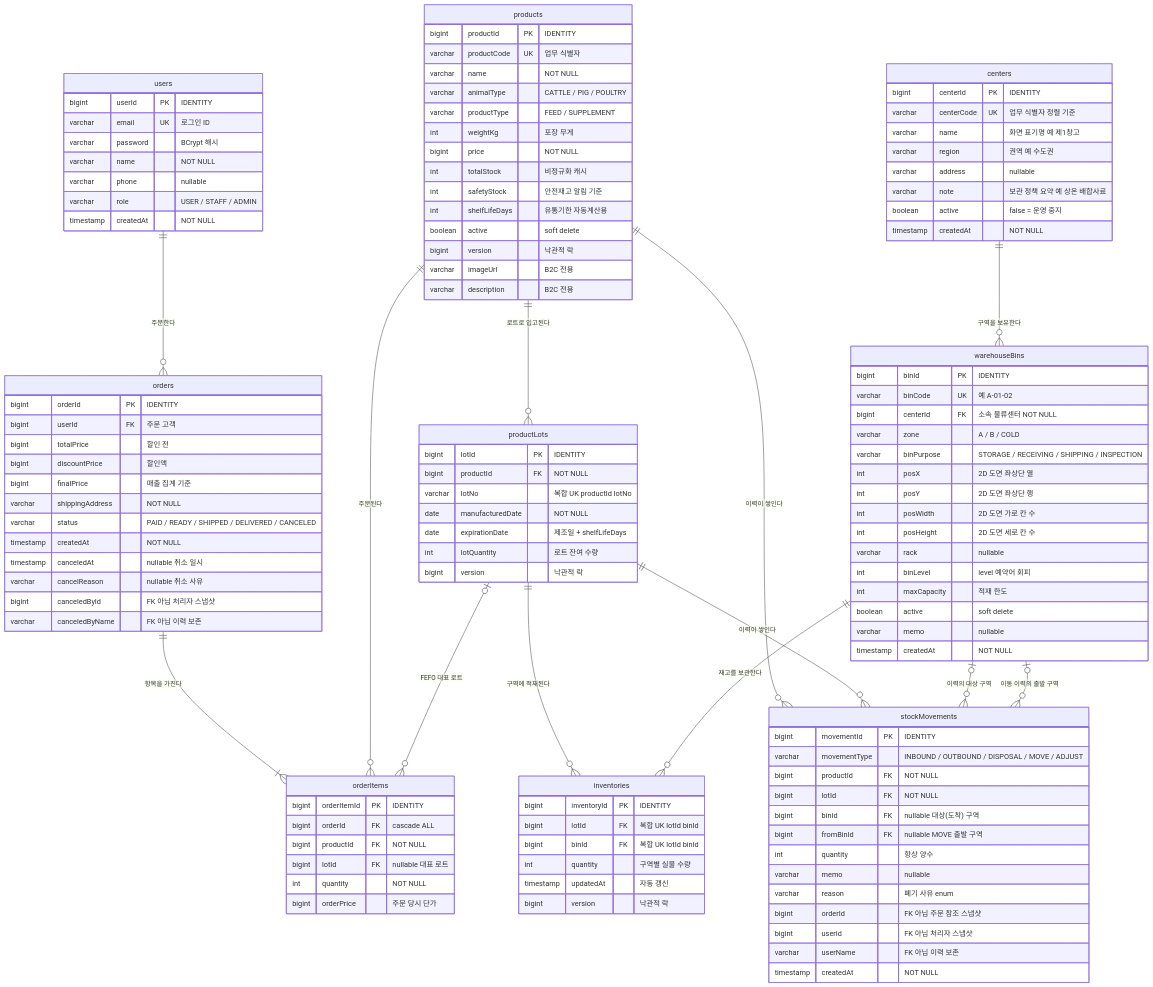
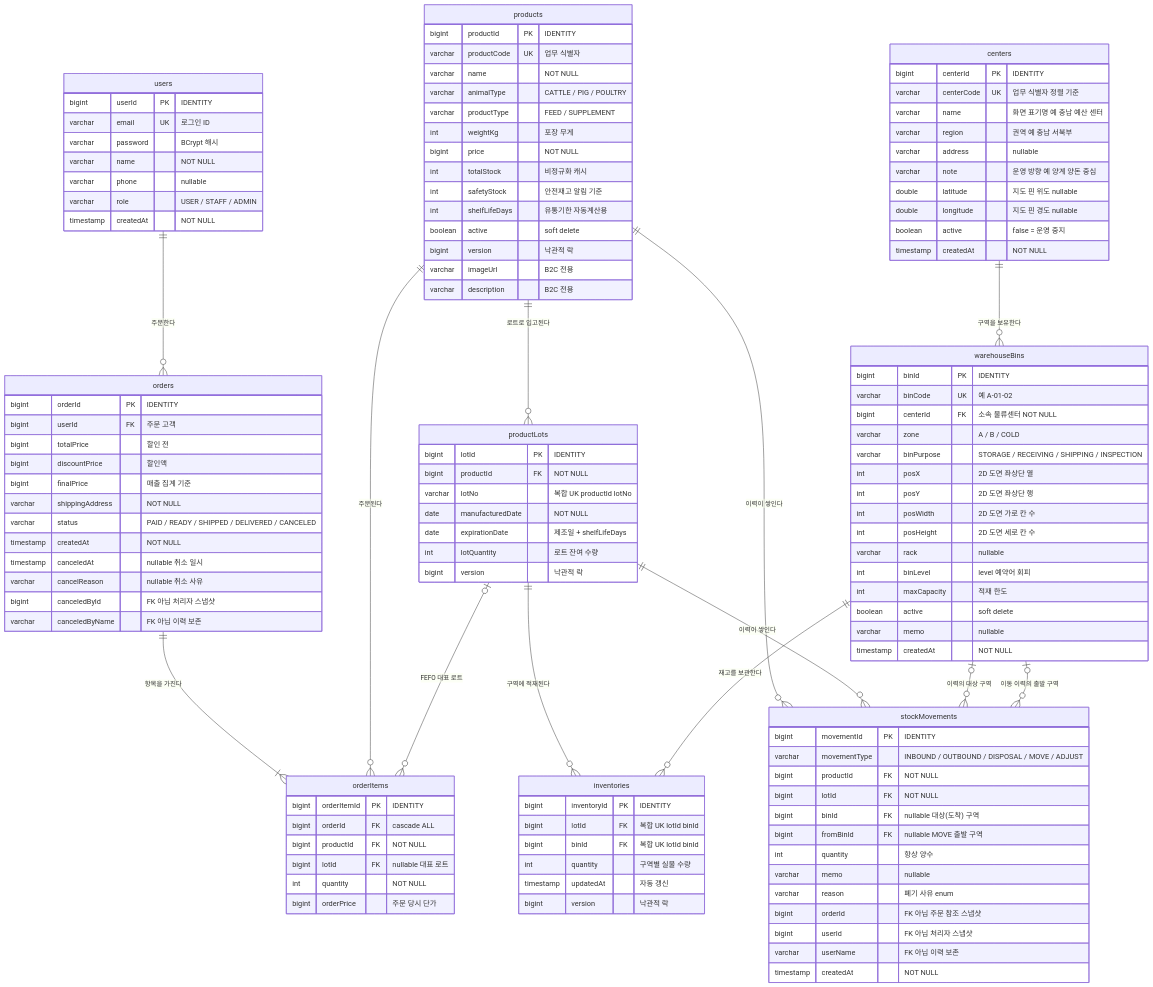
Before and after one commit to Lyw4/pg: the first of 5 diagrams in docs/erd.md, drawn with Mermaid. The commit also changed other lines of this file and 13 other files, not shown here.

```diff
--- a/docs/erd.md
+++ b/docs/erd.md
@@ -38,10 +38,12 @@
     centers {
         bigint    centerId   PK "IDENTITY"
         varchar   centerCode UK "업무 식별자 정렬 기준"
-        varchar   name          "화면 표기명 예 제1창고"
-        varchar   region        "권역 예 수도권"
+        varchar   name          "화면 표기명 예 충남 예산 센터"
+        varchar   region        "권역 예 충남 서북부"
         varchar   address       "nullable"
-        varchar   note          "보관 정책 요약 예 상온 배합사료"
+        varchar   note          "운영 방향 예 양계 양돈 중심"
+        double    latitude      "지도 핀 위도 nullable"
+        double    longitude     "지도 핀 경도 nullable"
         boolean   active        "false = 운영 중지"
         timestamp createdAt     "NOT NULL"
     }
```
